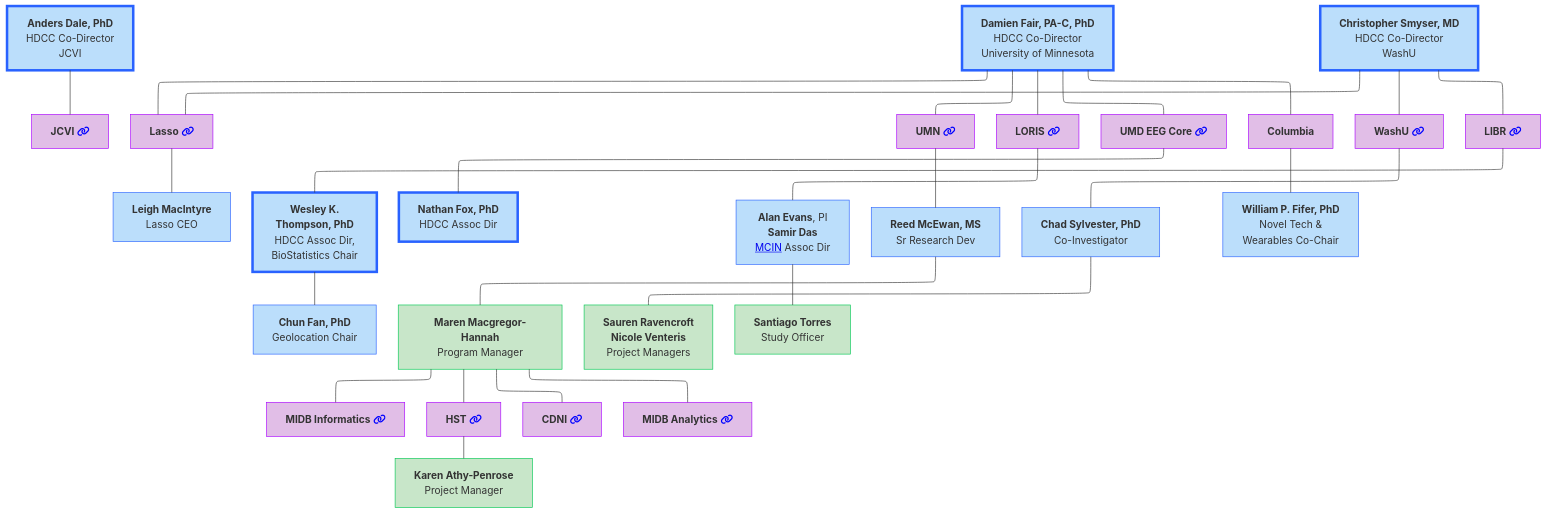
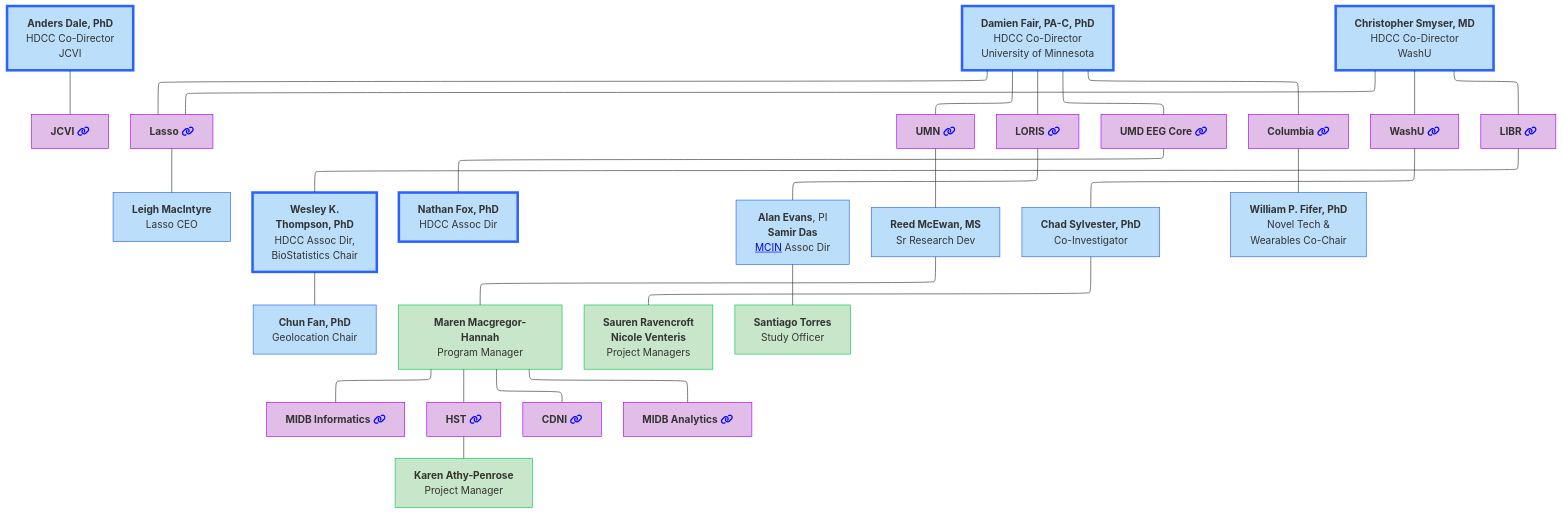
Before and after one commit to DCAN-Labs/hbcd-docs-internal: the first of 12 diagrams in docs/orgcharts.md, drawn with Mermaid. The commit also changed other lines of this file, not shown here.

Commit message:
add link to columbia seciton

````diff
--- a/docs/orgcharts.md
+++ b/docs/orgcharts.md
@@ -17,64 +17,65 @@
 ```mermaid
 ---
 config:
   layout: elk
 ---
 flowchart TB
     n2["<b>Anders Dale, PhD<br></b>HDCC Co-Director<br>JCVI"] --- jcvi["<b>JCVI</b> <i class="fa-solid fa-link" style="color: blue;"></i>"]
-    E["<b>Damien Fair, PA-C, PhD</b><br>HDCC Co-Director<br>University of Minnesota"] --- lasso["<b>Lasso</b> <i class="fa-solid fa-link" style="color: blue;"></i>"] & umn["<b>UMN</b> <i class="fa-solid fa-link" style="color: blue;"></i>"] & n7["<b>LORIS</b> <i class="fa-solid fa-link" style="color: blue;"></i>"] & n8["<b>UMD EEG Core</b> <i class="fa-solid fa-link" style="color: blue;"></i>"] & n11["<b>Columbia</b>"]
+    E["<b>Damien Fair, PA-C, PhD</b><br>HDCC Co-Director<br>University of Minnesota"] --- lasso["<b>Lasso</b> <i class="fa-solid fa-link" style="color: blue;"></i>"] & umn["<b>UMN</b> <i class="fa-solid fa-link" style="color: blue;"></i>"] & n7["<b>LORIS</b> <i class="fa-solid fa-link" style="color: blue;"></i>"] & n8["<b>UMD EEG Core</b> <i class="fa-solid fa-link" style="color: blue;"></i>"] & n11["<b>Columbia</b> <i class="fa-solid fa-link" style="color: blue;"></i>"]
     lasso --- lasso1["<b>Leigh MacIntyre</b><br>Lasso CEO"]
     n1["<b>Christopher Smyser, MD<br></b>HDCC Co-Director<br>WashU"] --- n10["<b>WashU</b> <i class="fa-solid fa-link" style="color: blue;"></i>"] & n12["<b>LIBR</b> <i class="fa-solid fa-link" style="color: blue;"></i>"] & lasso
     n16["<b>Wesley K.<br>Thompson, PhD</b><br>HDCC Assoc Dir,<br>BioStatistics Chair"] --- n17["<b>Chun Fan, PhD</b><br>Geolocation Chair"]
     n12 --- n16
     n8 --- n19["<b>Nathan Fox, PhD<br></b>HDCC Assoc Dir"]
     n7 --- n20["<b>Alan Evans</b>, PI<br><b>Samir Das</b><br><a href="https://mcin.ca/about-mcin/" target="_blank">MCIN</a> Assoc Dir"]
     umn --- reed["<b>Reed McEwan, MS</b><br>Sr Research Dev"]
     n10 --- n22["<b>Chad Sylvester, PhD</b><br>Co-Investigator"]
     n11 --- n18["<b>William P. Fifer, PhD</b><br>Novel Tech &<br>Wearables Co-Chair"]
     reed --- n30["<b>Maren Macgregor-Hannah</b><br>Program Manager"]
     n30 --- n25["<b>MIDB Informatics</b> <i class="fa-solid fa-link" style="color: blue;"></i>"]
     n30 --- n27["<b>HST</b> <i class="fa-solid fa-link" style="color: blue;"></i>"]
     n30 --- n28["<b>CDNI</b> <i class="fa-solid fa-link" style="color: blue;"></i>"]
     n30 --- n29["<b>MIDB Analytics</b> <i class="fa-solid fa-link" style="color: blue;"></i>"]
     n27 --- n31["<b>Karen Athy-Penrose</b><br>Project Manager"]
     n22 --- n32["<b>Sauren Ravencroft<br>Nicole Venteris</b><br>Project Managers"]
     n20 --- n33["<b>Santiago Torres</b><br>Study Officer"]
     style n2 fill:#BBDEFB,stroke:#2962FF,stroke-width:4px
     style jcvi fill:#E1BEE7,stroke:#AA00FF
     style E fill:#BBDEFB,stroke:#2962FF,stroke-width:4px
     style lasso fill:#E1BEE7,stroke:#AA00FF
     style umn fill:#E1BEE7,stroke:#AA00FF
     style n7 fill:#E1BEE7,stroke:#AA00FF
     style n8 fill:#E1BEE7,stroke:#AA00FF
     style n11 fill:#E1BEE7,stroke:#AA00FF
     style lasso1 fill:#BBDEFB,stroke:#2962FF
     style n1 fill:#BBDEFB,stroke:#2962FF,stroke-width:4px
     style n10 fill:#E1BEE7,stroke:#AA00FF
     style n12 fill:#E1BEE7,stroke:#AA00FF
     style n16 fill:#BBDEFB,stroke:#2962FF,stroke-width:4px
     style n17 fill:#BBDEFB,stroke:#2962FF
     style n19 fill:#BBDEFB,stroke:#2962FF,stroke-width:4px
     style n20 fill:#BBDEFB,stroke:#2962FF
     style reed fill:#BBDEFB,stroke:#2962FF
     style n22 fill:#BBDEFB,stroke:#2962FF
     style n18 fill:#BBDEFB,stroke:#2962FF
     style n25 fill:#E1BEE7,stroke:#AA00FF
     style n27 fill:#E1BEE7,stroke:#AA00FF
     style n28 fill:#E1BEE7,stroke:#AA00FF
     style n29 fill:#E1BEE7,stroke:#AA00FF
     style n30 fill:#C8E6C9,stroke:#00C853
     style n31 fill:#C8E6C9,stroke:#00C853
     style n32 fill:#C8E6C9,stroke:#00C853
     style n33 fill:#C8E6C9,stroke:#00C853
     click jcvi "#j-craig-venter-institute"
     click lasso "#lasso"
     click umn "#university-of-minnesota"
     click n7 "#loris"
     click n8 "#university-of-maryland"
     click n10 "#washu"
     click n25 "#midb-informatics-hub-msi"
     click n29 "#midb-analytics-hub"
     click n27 "#health-sciences-technology"
     click n28 "#center-for-developmental-neuroimaging"
     click n12 "#libr"
+    click n11 "#columbia-university"
 ```
````
